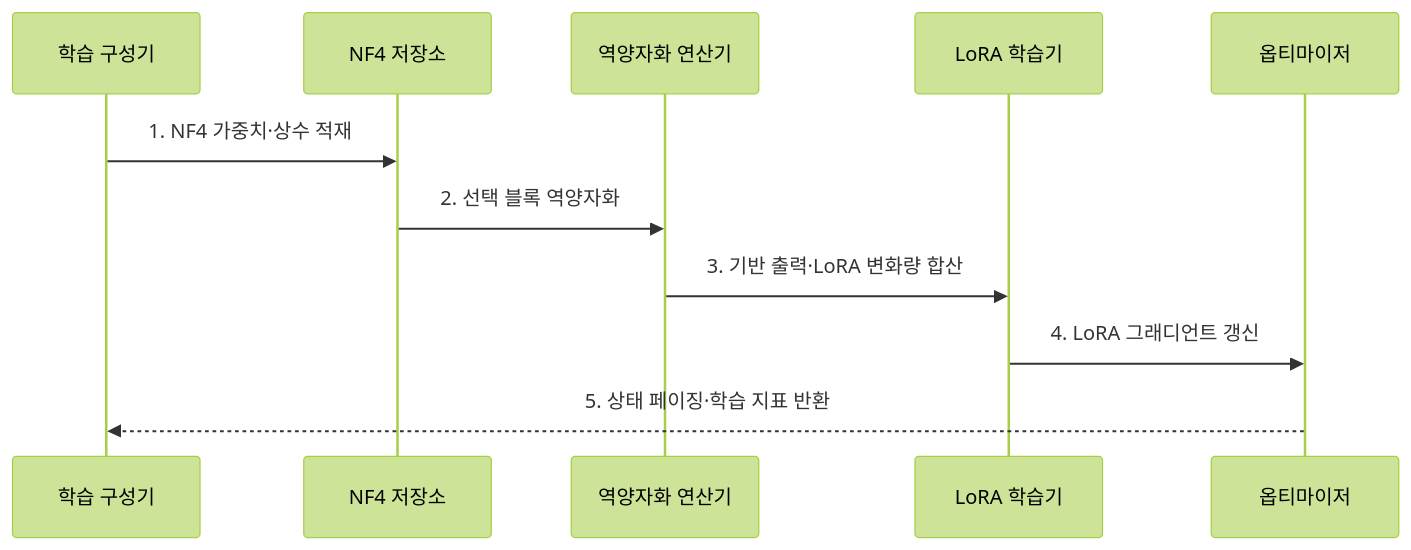
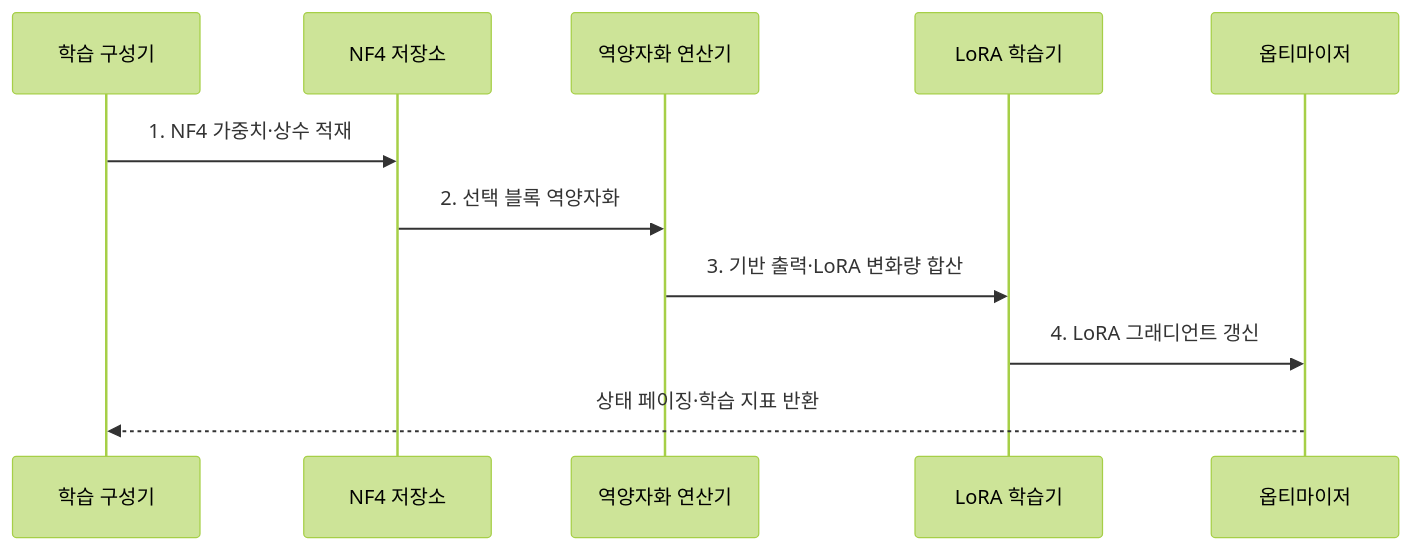
The second of 2 diagrams in src/content/docs/notes/08-latest-tech/063_quantized_lora.md (agnusdei1207/knowledge-base), drawn with Mermaid (forest theme) before and after one commit. The commit also changed other lines of this file and 225 other files, not shown here.

````diff
--- a/src/content/docs/notes/08-latest-tech/063_quantized_lora.md
+++ b/src/content/docs/notes/08-latest-tech/063_quantized_lora.md
@@ -78,13 +78,13 @@
 ```mermaid
 sequenceDiagram
     participant C as 학습 구성기
     participant Q as NF4 저장소
     participant D as 역양자화 연산기
     participant L as LoRA 학습기
     participant O as 옵티마이저
     C->>Q: 1. NF4 가중치·상수 적재
     Q->>D: 2. 선택 블록 역양자화
     D->>L: 3. 기반 출력·LoRA 변화량 합산
     L->>O: 4. LoRA 그래디언트 갱신
-    O-->>C: 5. 상태 페이징·학습 지표 반환
+    O-->>C: 상태 페이징·학습 지표 반환
 ```
````
